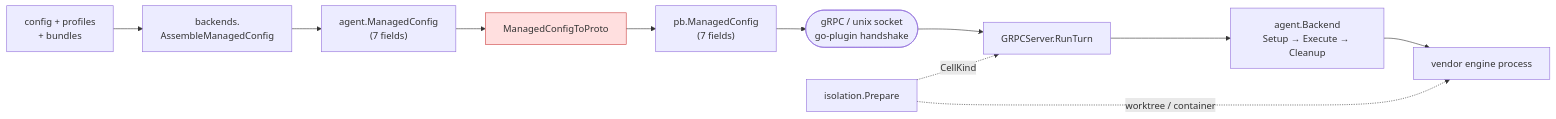
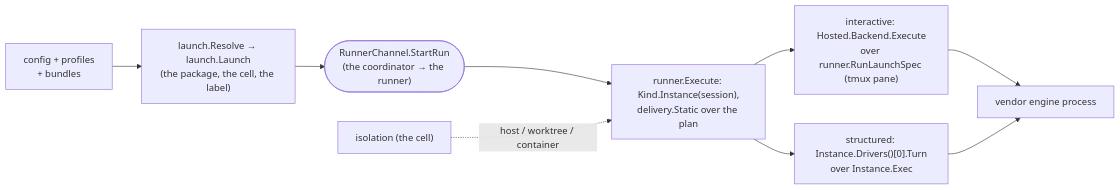
One commit to ctxloom/ctxloom changed the diagram in docs/architecture/engines/README.md. Above: the diagram before and after it, drawn with Mermaid. The commit also changed other lines of this file and 11 other files, not shown here.

First line of the commit message:
docs(architecture): 11b remainder landed — lm/* gone; the composition root, agent.Hosted and the port's two new facts

````diff
--- a/docs/architecture/engines/README.md
+++ b/docs/architecture/engines/README.md
@@ -89,16 +94,12 @@
 ```mermaid
 flowchart LR
-    CFG["config + profiles<br/>+ bundles"] --> ASM["backends.<br/>AssembleManagedConfig"]
-    ASM --> MC["agent.ManagedConfig<br/>(7 fields)"]
-    MC --> CONV["ManagedConfigToProto"]
-    CONV --> PB["pb.ManagedConfig<br/>(7 fields)"]
-    PB --> WIRE(["gRPC / unix socket<br/>go-plugin handshake"])
-    WIRE --> SRV["GRPCServer.RunTurn"]
-    SRV --> BE["agent.Backend<br/>Setup → Execute → Cleanup"]
-    BE --> ENG["vendor engine process"]
+    CFG["config + profiles<br/>+ bundles"] --> LNCH["launch.Resolve → launch.Launch<br/>(the package, the cell, the label)"]
+    LNCH --> CH(["RunnerChannel.StartRun<br/>(the coordinator → the runner)"])
+    CH --> RUN["runner.Execute: Kind.Instance(session),<br/>delivery.Static over the plan"]
+    RUN --> INT["interactive: Hosted.Backend.Execute<br/>over runner.RunLaunchSpec (tmux pane)"]
+    RUN --> STR["structured: Instance.Drivers()[0].Turn<br/>over Instance.Exec"]
+    INT --> ENG["vendor engine process"]
+    STR --> ENG
 
-    ISO["isolation.Prepare"] -.->|CellKind| SRV
-    ISO -.->|worktree / container| ENG
-
-    style CONV fill:#f884,stroke:#c44
+    ISO["isolation (the cell)"] -.->|host / worktree / container| RUN
 ```
````
